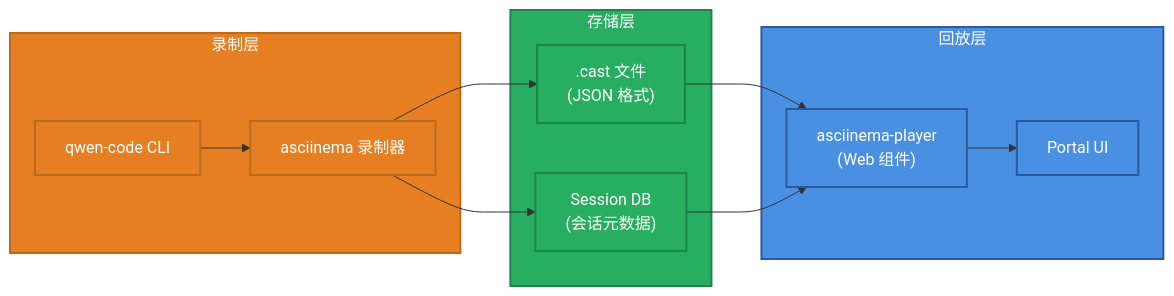
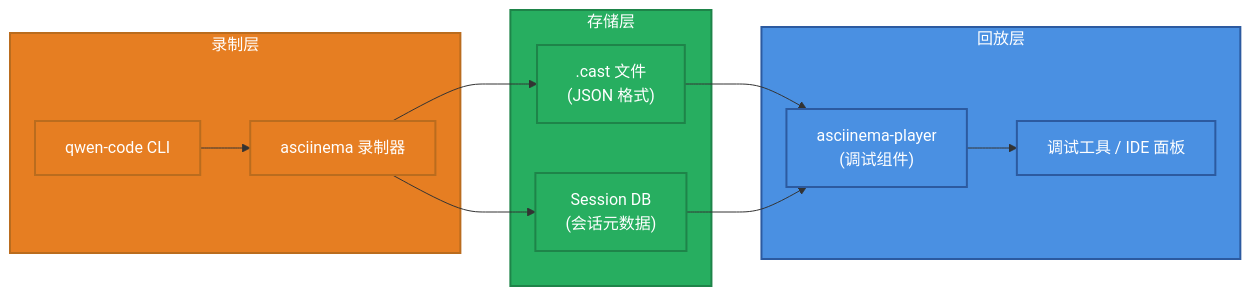
Before and after one commit to x22x22/qwen-code: the second of 2 diagrams in docs/rfc/qwen-code-agent-framework-rfc_cn.md, drawn with Mermaid. The commit also changed other lines of this file, not shown here.

````diff
--- a/docs/rfc/qwen-code-agent-framework-rfc_cn.md
+++ b/docs/rfc/qwen-code-agent-framework-rfc_cn.md
@@ -173,31 +122,31 @@
 ```mermaid
 flowchart LR
     subgraph Recording["录制层"]
         CLI["qwen-code CLI"]
         Recorder["asciinema 录制器"]
         CLI --> Recorder
     end
 
     subgraph Storage["存储层"]
         AsciicastFile[".cast 文件<br/>(JSON 格式)"]
         SessionDB["Session DB<br/>(会话元数据)"]
         Recorder --> AsciicastFile
         Recorder --> SessionDB
     end
 
     subgraph Playback["回放层"]
-        Player["asciinema-player<br/>(Web 组件)"]
-        Portal["Portal UI"]
+        Player["asciinema-player<br/>(调试组件)"]
+        Tooling["调试工具 / IDE 面板"]
         AsciicastFile --> Player
         SessionDB --> Player
-        Player --> Portal
+        Player --> Tooling
     end
 
     classDef recordStyle fill:#e67e22,stroke:#ba6c1e,stroke-width:2px,color:#fff
     classDef storageStyle fill:#27ae60,stroke:#1e8449,stroke-width:2px,color:#fff
     classDef playbackStyle fill:#4a90e2,stroke:#2c5aa0,stroke-width:2px,color:#fff
 
     class Recording,CLI,Recorder recordStyle
     class Storage,AsciicastFile,SessionDB storageStyle
-    class Playback,Player,Portal playbackStyle
+    class Playback,Player,Tooling playbackStyle
 ```
````
